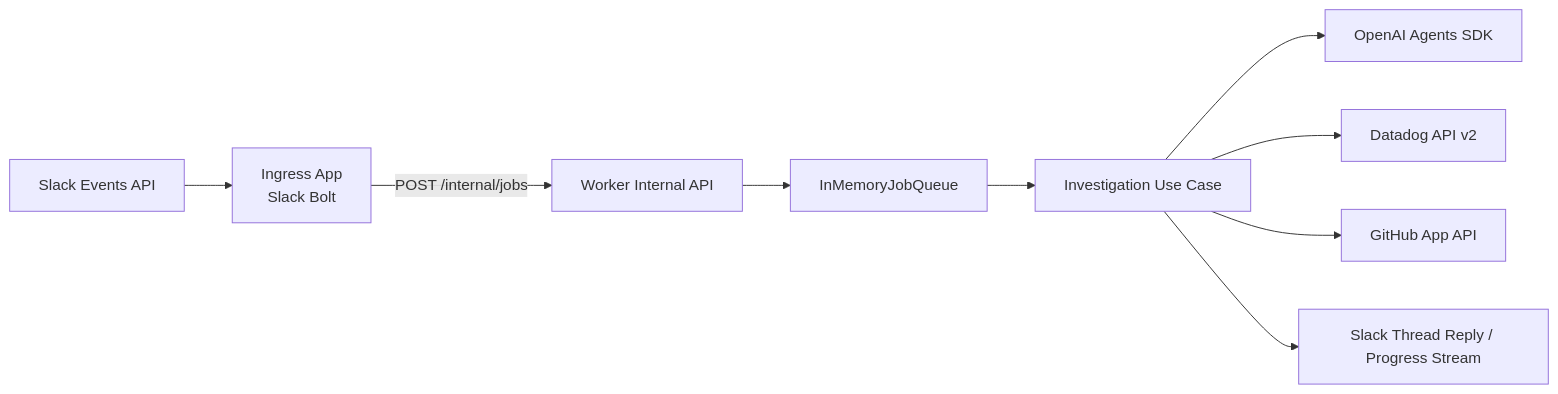
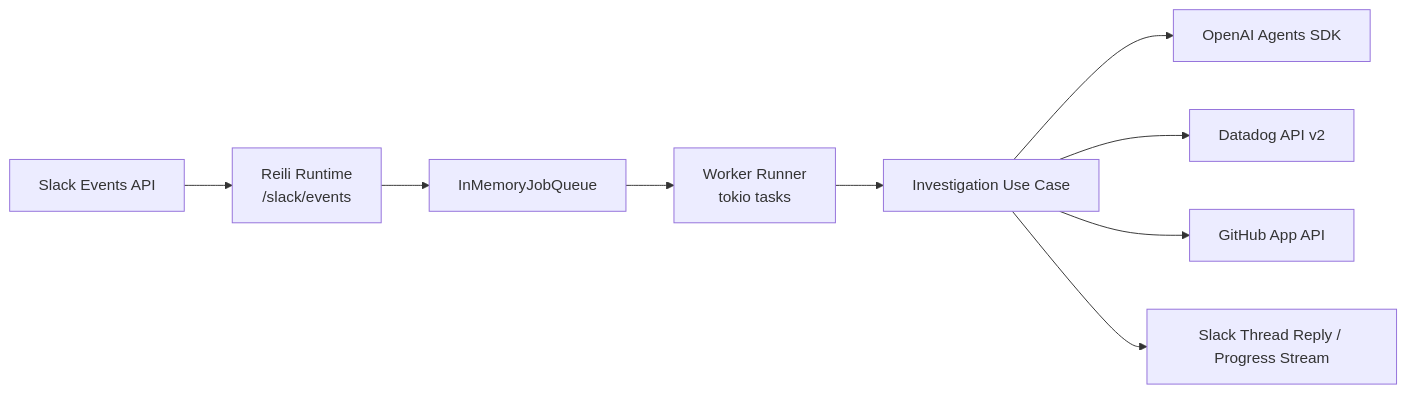
The diagram in README.md (reilidev/reili), drawn with Mermaid before and after one commit. The commit also changed other lines of this file and 14 other files, not shown here.

````diff
--- a/README.md
+++ b/README.md
@@ -35,11 +35,11 @@
 ```mermaid
 flowchart LR
-  A[Slack Events API] --> B[Ingress App<br/>Slack Bolt]
-  B -->|POST /internal/jobs| C[Worker Internal API]
-  C --> D[InMemoryJobQueue]
+  A[Slack Events API] --> B[Reili Runtime<br/>/slack/events]
+  B --> C[InMemoryJobQueue]
+  C --> D[Worker Runner<br/>tokio tasks]
   D --> E[Investigation Use Case]
   E --> F[OpenAI Agents SDK]
   E --> G[Datadog API v2]
   E --> H[GitHub App API]
   E --> I[Slack Thread Reply / Progress Stream]
 ```
````
